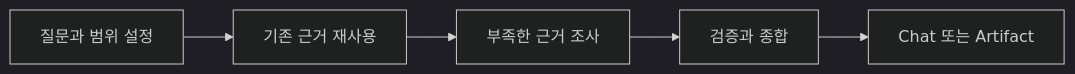
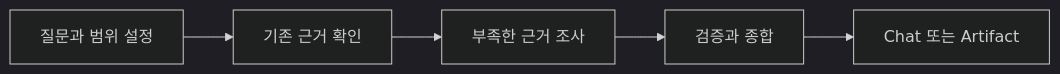
The diagram in .agents/skills/pivot-research/SKILL.md (mols3131d/hmda-data-reliability), drawn with Mermaid (dark theme) before and after one commit. The commit also changed other lines of this file, not shown here.

````diff
--- a/.agents/skills/pivot-research/SKILL.md
+++ b/.agents/skills/pivot-research/SKILL.md
@@ -69,7 +57,7 @@
 ```mermaid
 flowchart LR
-    A[질문과 범위 설정] --> B[기존 근거 재사용]
+    A[질문과 범위 설정] --> B[기존 근거 확인]
     B --> C[부족한 근거 조사]
     C --> D[검증과 종합]
     D --> E[Chat 또는 Artifact]
 ```
````
